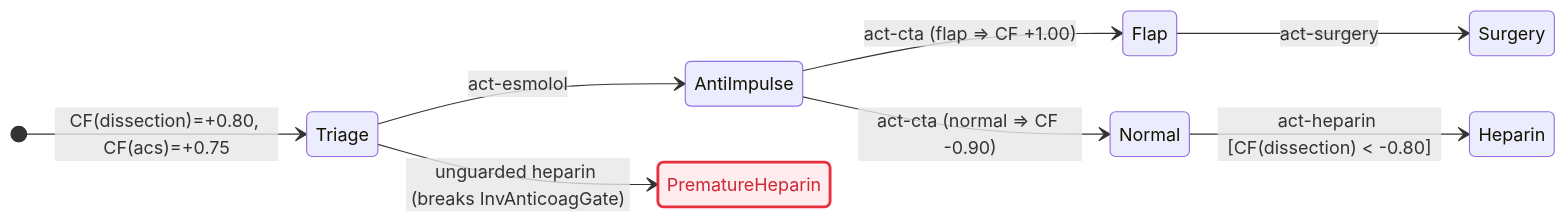
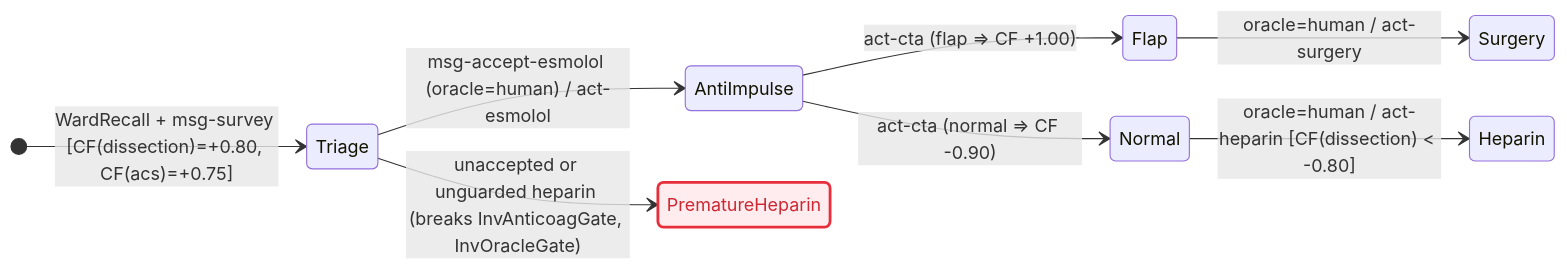
One commit to wetware-hq/chart changed the first of 2 diagrams in chart.md. Above: the diagram before and after it, drawn with Mermaid. The commit also changed other lines of this file and 1 other file, not shown here.

First line of the commit message:
Imprint biomedical charts on a local phone mesh (#4)

````diff
--- a/chart.md
+++ b/chart.md
@@ -359,13 +951,13 @@
 ```mermaid
 stateDiagram-v2
   direction LR
-  [*] --> Triage: CF(dissection)=+0.80, CF(acs)=+0.75
-  Triage --> AntiImpulse: act-esmolol
+  [*] --> Triage: WardRecall + msg-survey [CF(dissection)=+0.80, CF(acs)=+0.75]
+  Triage --> AntiImpulse: msg-accept-esmolol (oracle=human) / act-esmolol
   AntiImpulse --> Flap: act-cta (flap => CF +1.00)
   AntiImpulse --> Normal: act-cta (normal => CF -0.90)
-  Flap --> Surgery: act-surgery
-  Normal --> Heparin: act-heparin [CF(dissection) < -0.80]
-  Triage --> PrematureHeparin: unguarded heparin (breaks InvAnticoagGate)
+  Flap --> Surgery: oracle=human / act-surgery
+  Normal --> Heparin: oracle=human / act-heparin [CF(dissection) < -0.80]
+  Triage --> PrematureHeparin: unaccepted or unguarded heparin (breaks InvAnticoagGate, InvOracleGate)
   classDef breaks fill:#ffecee,stroke:#e72e3b,stroke-width:2.5px,color:#cd2834
   class PrematureHeparin breaks
 ```
````
